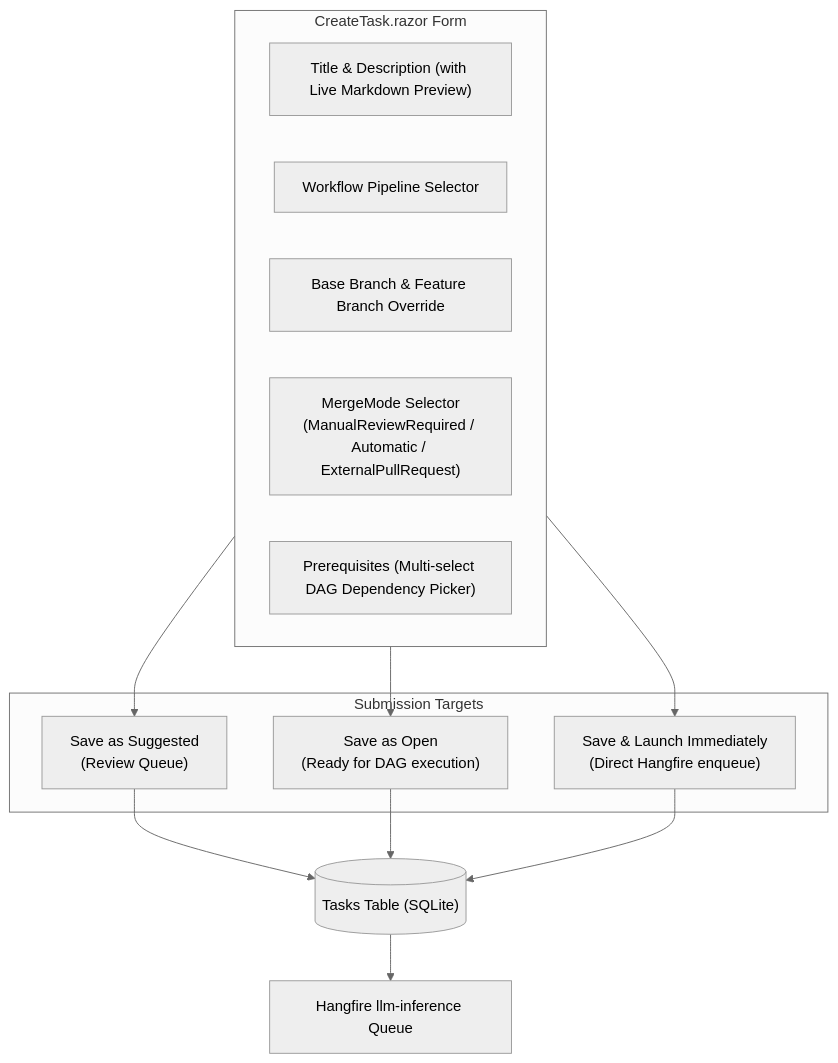
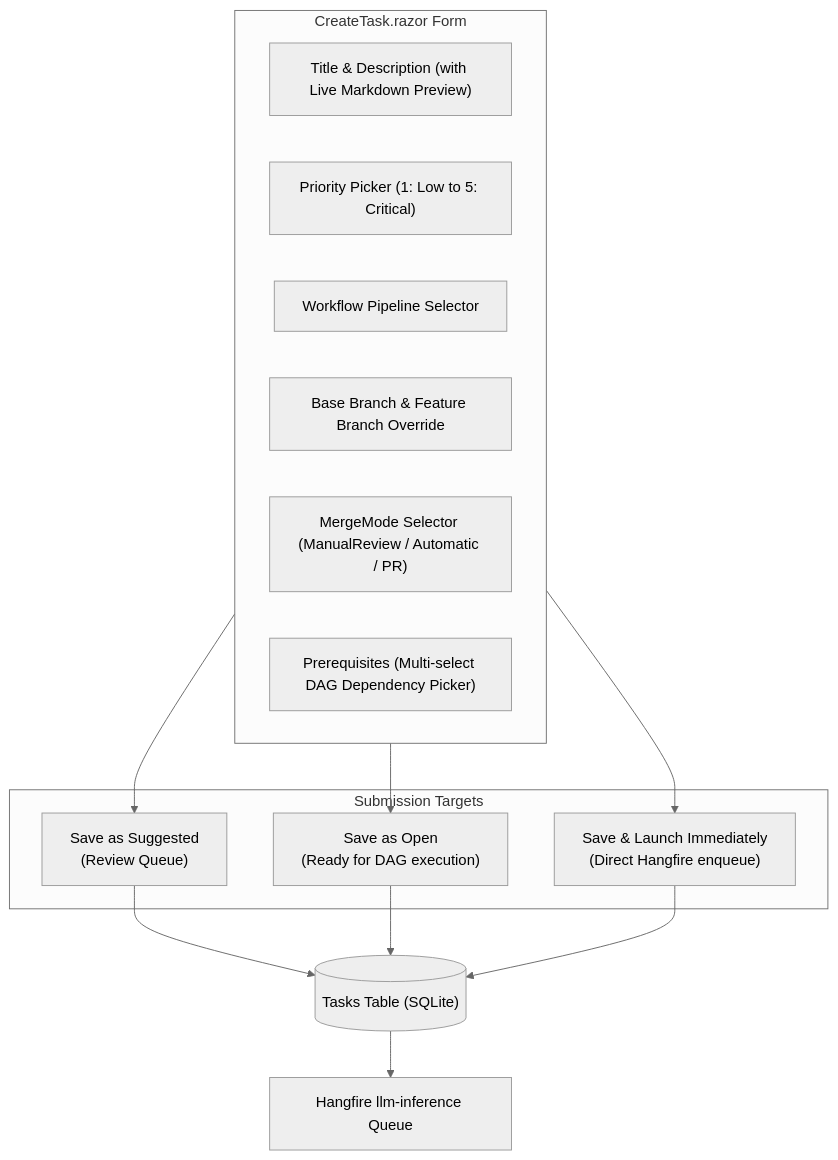
The diagram in docs/plan/phase-11/STEP_11_2_TASK_CREATION_PAGE_AND_MERGE_MODE.md (jetelain/NightCodeForge), drawn with Mermaid (neutral theme) before and after one commit. The commit also changed other lines of this file and 8 other files, not shown here.

````diff
--- a/docs/plan/phase-11/STEP_11_2_TASK_CREATION_PAGE_AND_MERGE_MODE.md
+++ b/docs/plan/phase-11/STEP_11_2_TASK_CREATION_PAGE_AND_MERGE_MODE.md
@@ -65,23 +58,24 @@
 ```mermaid
 flowchart TD
     subgraph Form ["CreateTask.razor Form"]
         Title["Title & Description (with Live Markdown Preview)"]
+        PrioritySelect["Priority Picker (1: Low to 5: Critical)"]
         Workflow["Workflow Pipeline Selector"]
         Branches["Base Branch & Feature Branch Override"]
-        MergeModeSelect["MergeMode Selector<br/>(ManualReviewRequired / Automatic / ExternalPullRequest)"]
+        MergeModeSelect["MergeMode Selector (ManualReview / Automatic / PR)"]
         Deps["Prerequisites (Multi-select DAG Dependency Picker)"]
     end
 
     subgraph SubmitActions ["Submission Targets"]
         BtnSuggested["Save as Suggested<br/>(Review Queue)"]
         BtnOpen["Save as Open<br/>(Ready for DAG execution)"]
         BtnRun["Save & Launch Immediately<br/>(Direct Hangfire enqueue)"]
     end
 
     Form --> BtnSuggested
     Form --> BtnOpen
     Form --> BtnRun
     BtnSuggested --> DB[("Tasks Table (SQLite)")]
     BtnOpen --> DB
     BtnRun --> DB --> Queue["Hangfire llm-inference Queue"]
 ```
````
